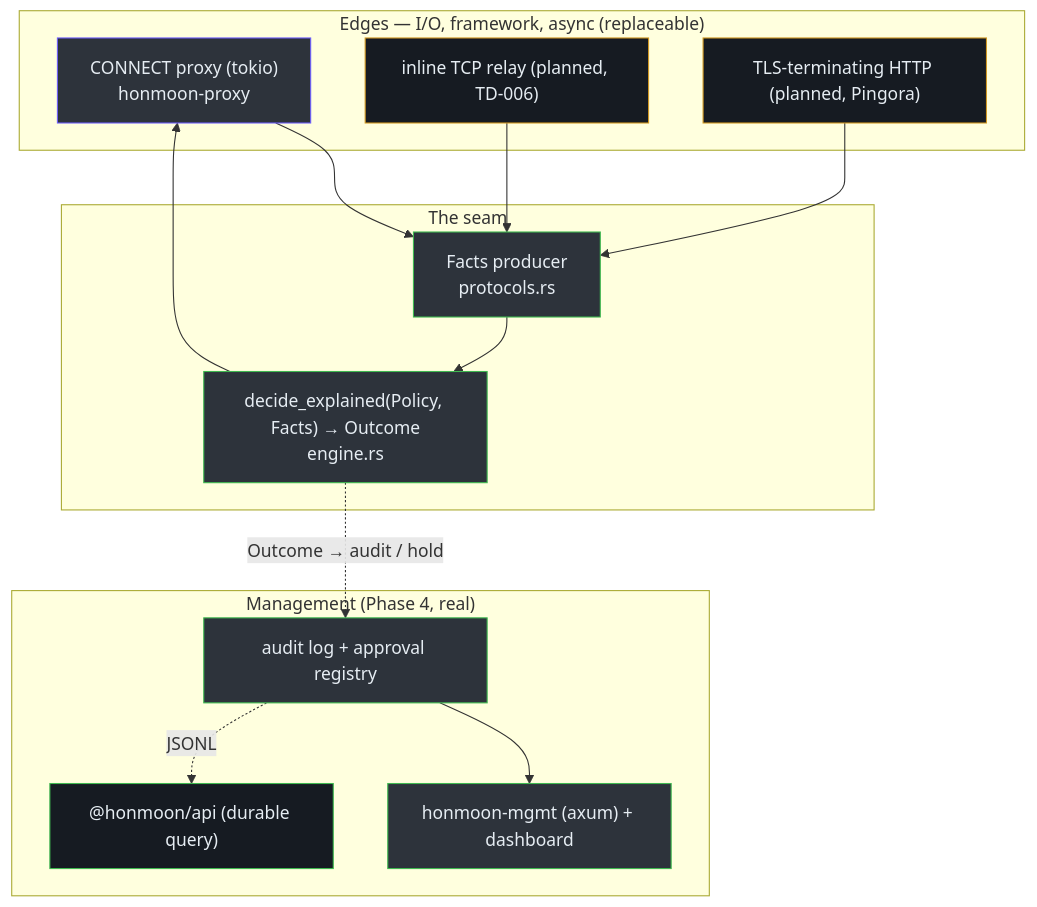
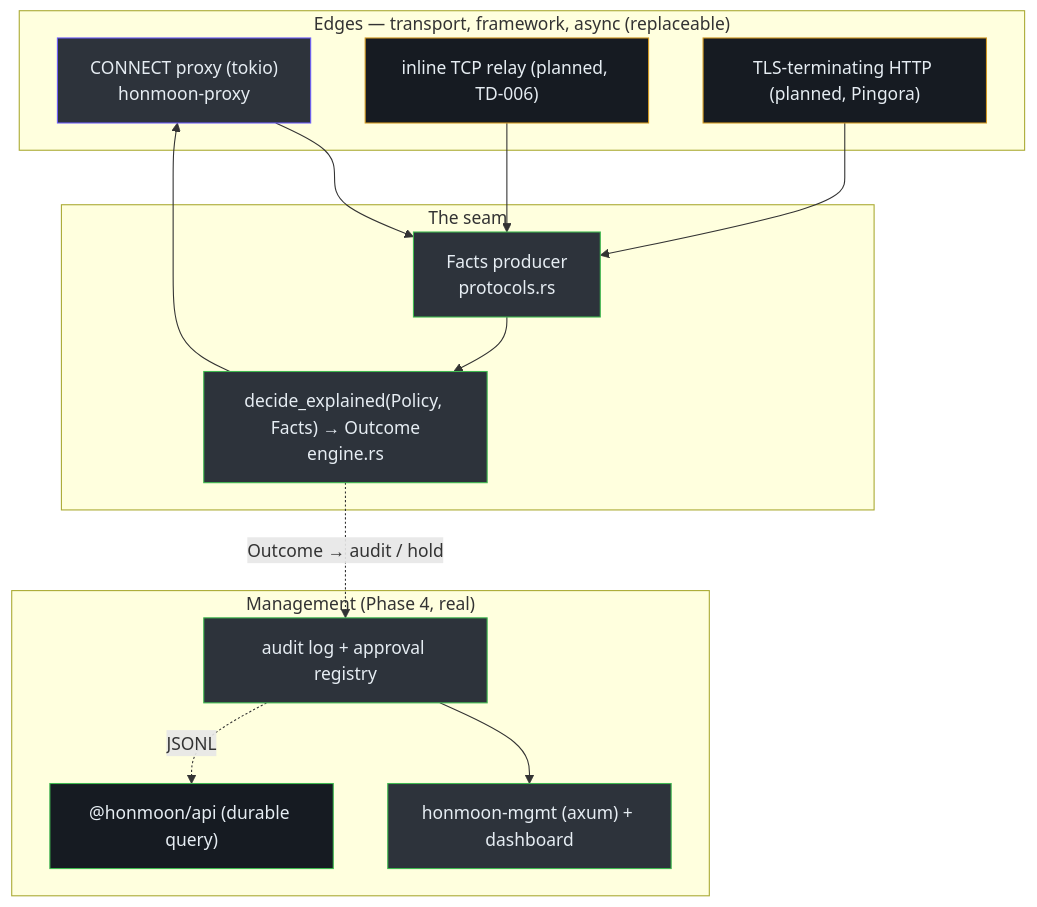
One commit to pleaseai/honmoon changed the first of 2 diagrams in wiki/onboarding/staff-engineer-guide.md. Above: the diagram before and after it, drawn with Mermaid. The commit also changed other lines of this file and 9 other files, not shown here.

````diff
--- a/wiki/onboarding/staff-engineer-guide.md
+++ b/wiki/onboarding/staff-engineer-guide.md
@@ -38,33 +109,33 @@
 ```mermaid
 flowchart TB
-  subgraph edge["Edges — I/O, framework, async (replaceable)"]
+  subgraph edge["Edges — transport, framework, async (replaceable)"]
     connect["CONNECT proxy (tokio)<br>honmoon-proxy"]
     relay["inline TCP relay (planned, TD-006)"]
     tls["TLS-terminating HTTP (planned, Pingora)"]
   end
   subgraph seam["The seam"]
     facts["Facts producer<br>protocols.rs"]
     decide["decide_explained(Policy, Facts) → Outcome<br>engine.rs"]
   end
   subgraph mgmt["Management (Phase 4, real)"]
     audit["audit log + approval registry"]
     api["honmoon-mgmt (axum) + dashboard"]
     tapi["@honmoon/api (durable query)"]
   end
   connect --> facts
   relay --> facts
   tls --> facts
   facts --> decide
   decide --> connect
   decide -. "Outcome → audit / hold" .-> audit
   audit --> api
   audit -. "JSONL" .-> tapi
   style connect fill:#2d333b,stroke:#6d5dfc,color:#e6edf3
   style relay fill:#161b22,stroke:#d29922,color:#e6edf3
   style tls fill:#161b22,stroke:#d29922,color:#e6edf3
   style facts fill:#2d333b,stroke:#3fb950,color:#e6edf3
   style decide fill:#2d333b,stroke:#3fb950,color:#e6edf3
   style audit fill:#2d333b,stroke:#3fb950,color:#e6edf3
   style api fill:#2d333b,stroke:#3fb950,color:#e6edf3
   style tapi fill:#161b22,stroke:#3fb950,color:#e6edf3
 ```
````
